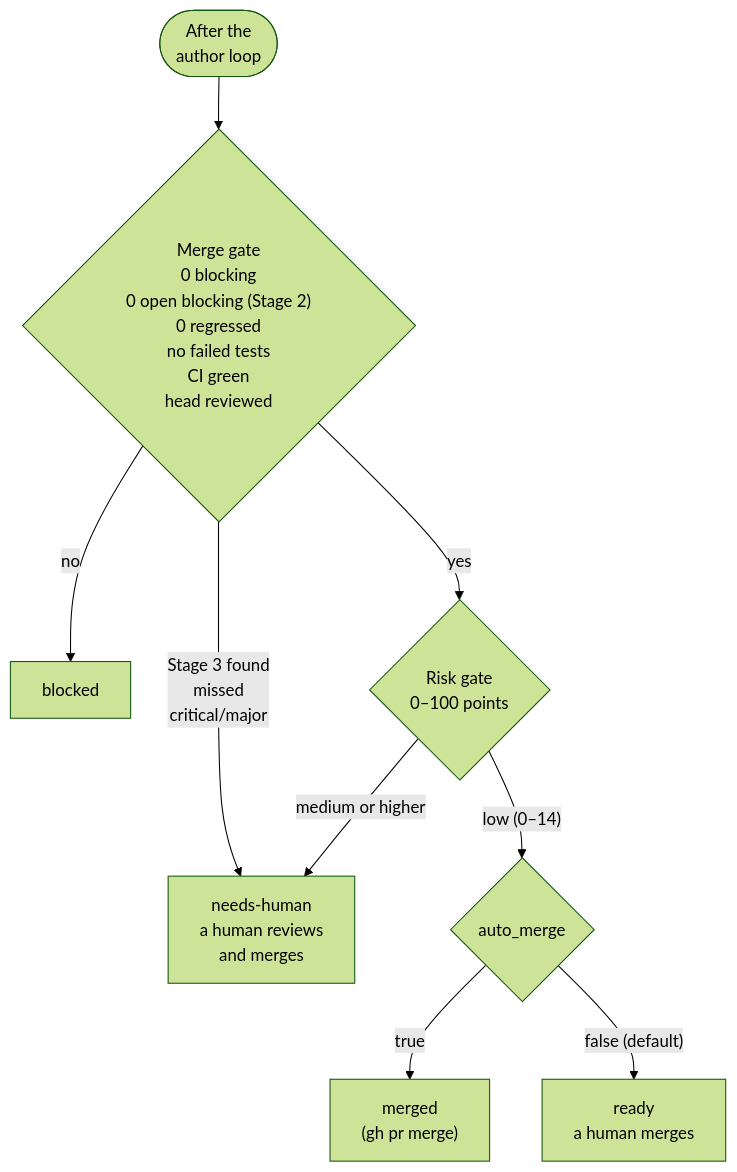
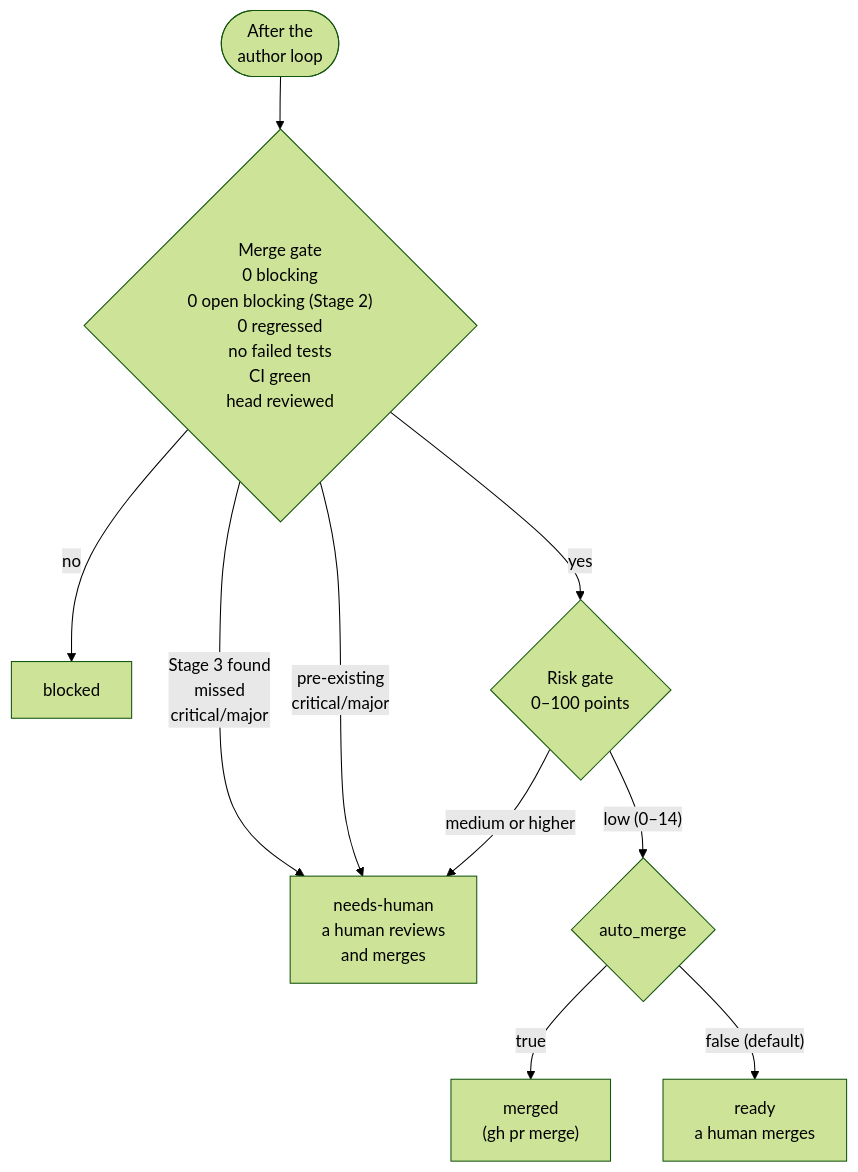
One commit to thswlsqls/pr-quorum changed the fourth of 5 diagrams in README.md. Above: the diagram before and after it, drawn with Mermaid (forest theme). The commit also changed other lines of this file, not shown here.

Commit message:
docs : [docs/readme-sync-0.14] Sync README with 0.14.0: bug class, pre-existing, F9, always_human, dream kinds

````diff
--- a/README.md
+++ b/README.md
@@ -102,11 +102,12 @@
 ```mermaid
 flowchart TD
   G(["After the<br/>author loop"]) --> MG{"Merge gate<br/>0 blocking<br/>0 open blocking (Stage 2)<br/>0 regressed<br/>no failed tests<br/>CI green<br/>head reviewed"}
   MG -- no --> B[blocked]
   MG -- "Stage 3 found<br/>missed<br/>critical/major" --> H
+  MG -- "pre-existing<br/>critical/major" --> H
   MG -- yes --> RG{"Risk gate<br/>0–100 points"}
   RG -- "low (0–14)" --> A{"auto_merge"}
   A -- true --> M["merged<br/>(gh pr merge)"]
   A -- "false (default)" --> R["ready<br/>a human merges"]
   RG -- "medium or higher" --> H["needs-human<br/>a human reviews<br/>and merges"]
 ```
````
